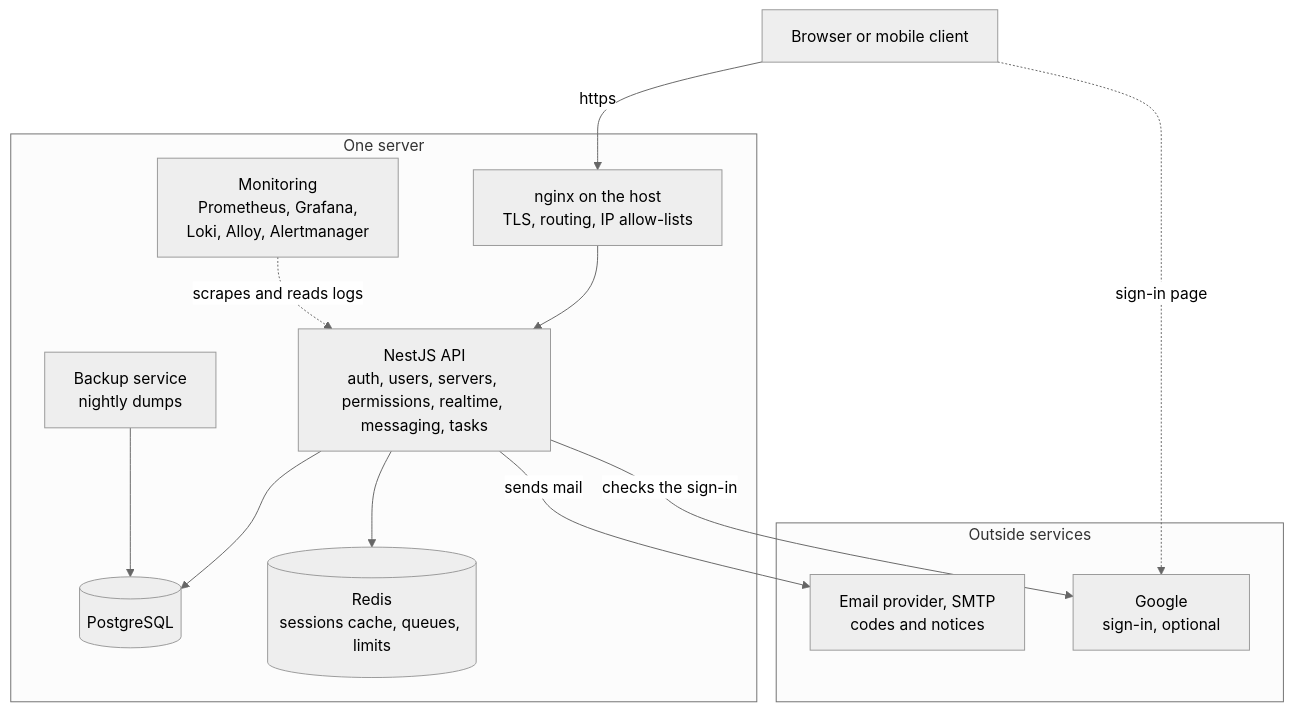
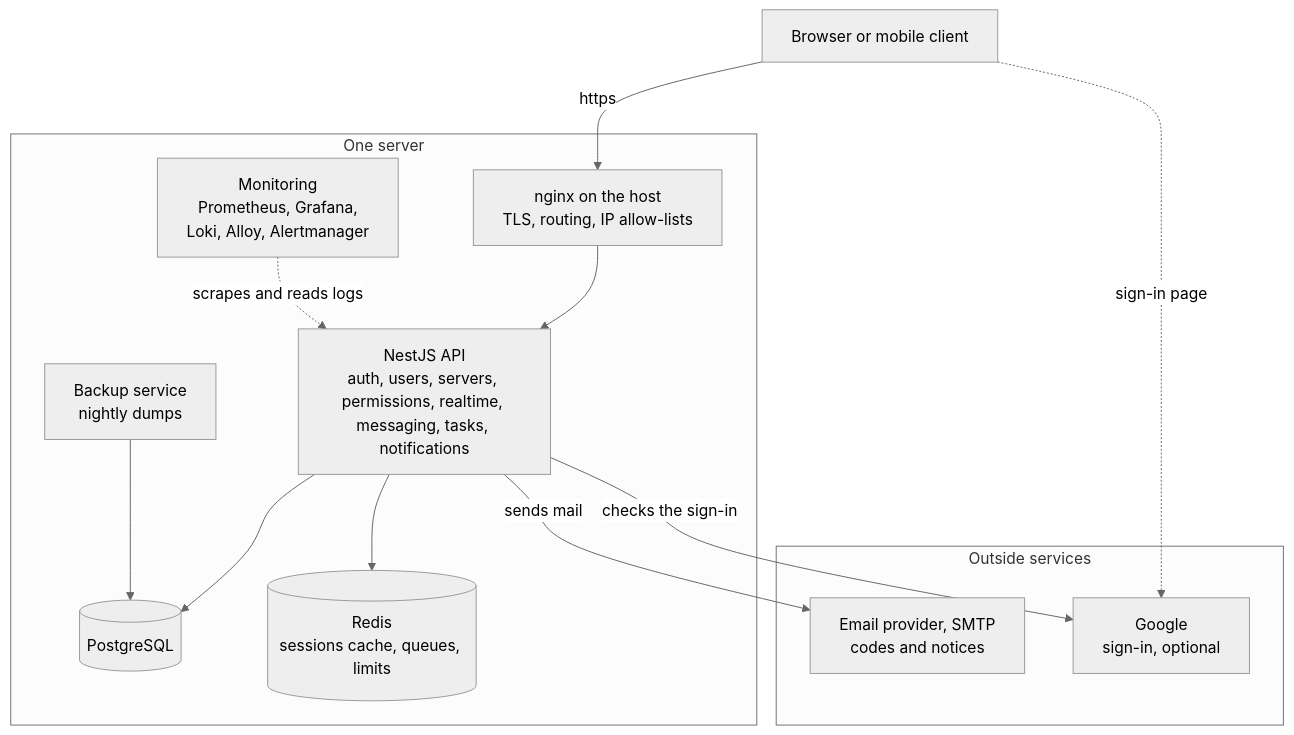
The first of 5 diagrams in OVERVIEW.md (StoriuSs/NezFocus-Backend), drawn with Mermaid (neutral theme) before and after one commit. The commit also changed other lines of this file and 86 other files, not shown here.

````diff
--- a/OVERVIEW.md
+++ b/OVERVIEW.md
@@ -75,28 +75,28 @@
 ```mermaid
 flowchart TB
     Browser["Browser or mobile client"]
 
     subgraph stack["One server"]
         Nginx["nginx on the host<br/>TLS, routing, IP allow-lists"]
-        App["NestJS API<br/>auth, users, servers, permissions, realtime, messaging, tasks"]
+        App["NestJS API<br/>auth, users, servers, permissions, realtime, messaging, tasks, notifications"]
         PG[("PostgreSQL")]
         RD[("Redis<br/>sessions cache, queues, limits")]
         Backup["Backup service<br/>nightly dumps"]
         Mon["Monitoring<br/>Prometheus, Grafana,<br/>Loki, Alloy, Alertmanager"]
     end
 
     subgraph outside["Outside services"]
         SMTP["Email provider, SMTP<br/>codes and notices"]
         Google["Google<br/>sign-in, optional"]
     end
 
     Browser -->|https| Nginx
     Browser -.->|sign-in page| Google
     Nginx --> App
     App --> PG
     App --> RD
     App -->|sends mail| SMTP
     App -->|checks the sign-in| Google
     Backup --> PG
     Mon -.->|scrapes and reads logs| App
 ```
````
